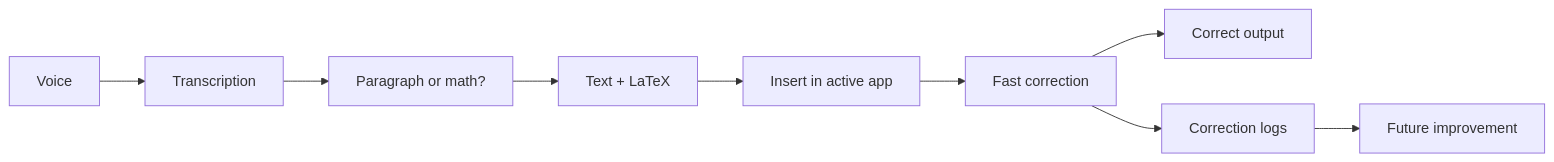
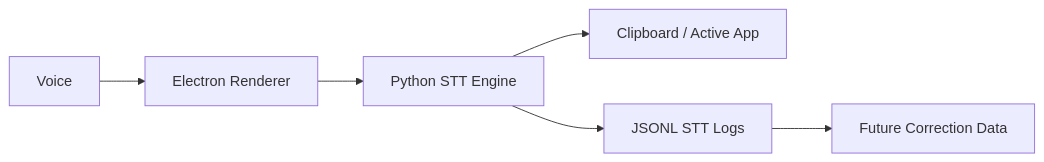
Before and after one commit to sensopensource/DicTeX: the diagram in docs/architecture.md, drawn with Mermaid. The commit also changed other lines of this file and 6 other files, not shown here.

````diff
--- a/docs/architecture.md
+++ b/docs/architecture.md
@@ -5,11 +5,8 @@
 ```mermaid
 flowchart LR
-    A[Voice] --> B[Transcription]
-    B --> C[Paragraph or math?]
-    C --> D[Text + LaTeX]
-    D --> E[Insert in active app]
-    E --> F[Fast correction]
-    F --> G[Correct output]
-    F --> H[Correction logs]
-    H --> I[Future improvement]
+    A[Voice] --> B[Electron Renderer]
+    B --> C[Python STT Engine]
+    C --> D[Clipboard / Active App]
+    C --> E[JSONL STT Logs]
+    E --> F[Future Correction Data]
 ```
````
